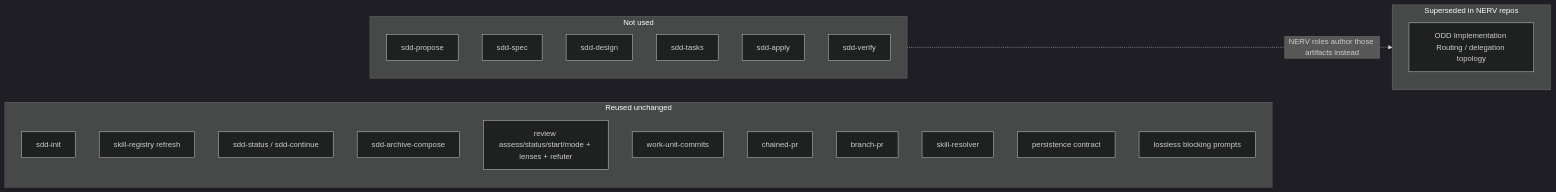
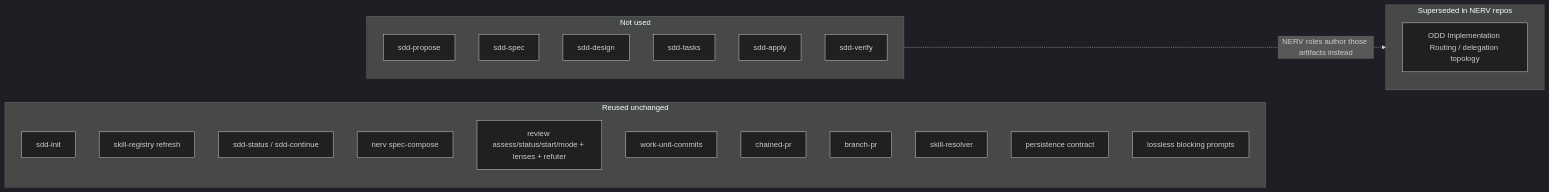
Before and after one commit to war-apps/nerv-by-gentle-ai: the third of 6 diagrams in docs/integration.md, drawn with Mermaid (dark theme). The commit also changed other lines of this file and 4 other files, not shown here.

Commit message:
docs(plugin): use nerv spec-compose for archive merges

````diff
--- a/docs/integration.md
+++ b/docs/integration.md
@@ -88,31 +88,31 @@
 ```mermaid
 flowchart LR
     subgraph Reused["Reused unchanged"]
         R1["sdd-init"]
         R2["skill-registry refresh"]
         R3["sdd-status / sdd-continue"]
-        R4["sdd-archive-compose"]
+        R4["nerv spec-compose"]
         R5["review assess/status/start/mode + lenses + refuter"]
         R6["work-unit-commits"]
         R7["chained-pr"]
         R8["branch-pr"]
         R9["skill-resolver"]
         R10["persistence contract"]
         R11["lossless blocking prompts"]
     end
 
     subgraph Superseded["Superseded in NERV repos"]
         S1["ODD Implementation Routing / delegation topology"]
     end
 
     subgraph NotUsed["Not used"]
         N1["sdd-propose"]
         N2["sdd-spec"]
         N3["sdd-design"]
         N4["sdd-tasks"]
         N5["sdd-apply"]
         N6["sdd-verify"]
     end
 
     NotUsed -.NERV roles author those artifacts instead.-> Superseded
 ```
````
